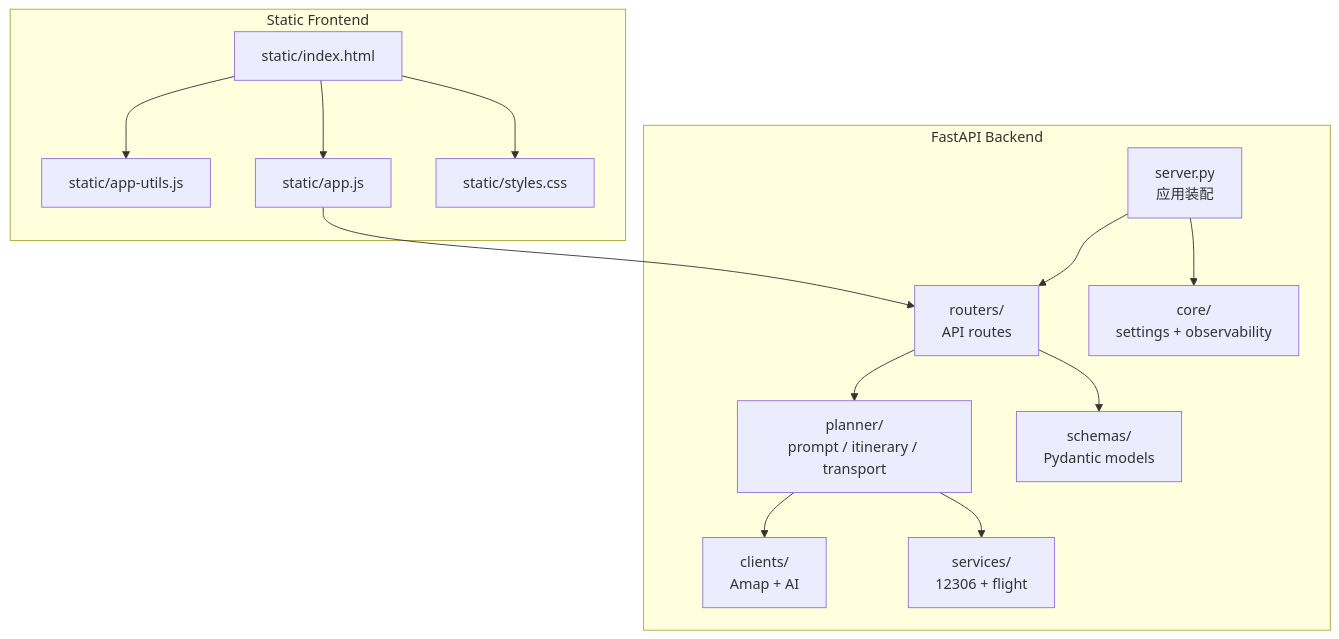
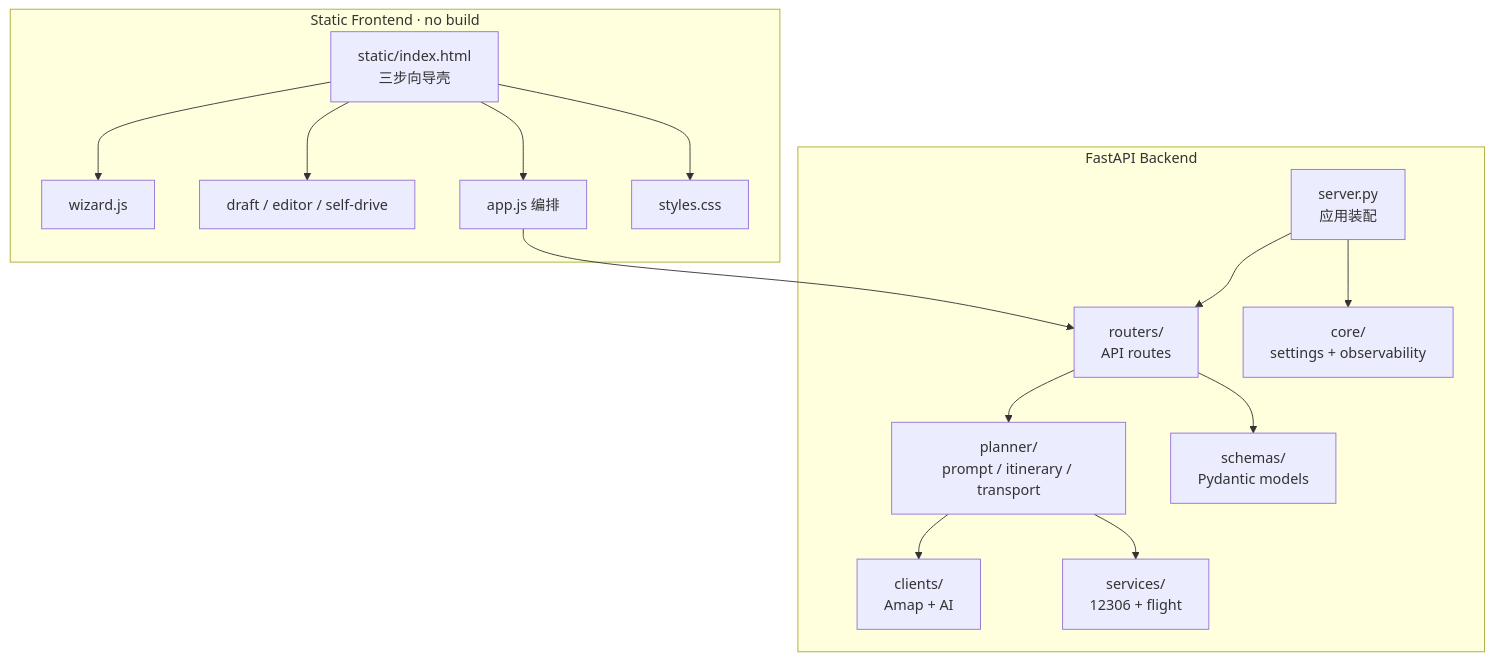
One commit to suiyi117/ai-travel-planner changed the second of 2 diagrams in README.md. Above: the diagram before and after it, drawn with Mermaid. The commit also changed other lines of this file, not shown here.

First line of the commit message:
docs: update README for wizard shell and editable planning

````diff
--- a/README.md
+++ b/README.md
@@ -123,30 +134,32 @@
 ```mermaid
 flowchart TB
   subgraph Backend["FastAPI Backend"]
     S["server.py<br/>应用装配"]
     C["core/<br/>settings + observability"]
     R["routers/<br/>API routes"]
     P["planner/<br/>prompt / itinerary / transport"]
     CL["clients/<br/>Amap + AI"]
     SV["services/<br/>12306 + flight"]
     SC["schemas/<br/>Pydantic models"]
   end
 
-  subgraph Frontend["Static Frontend"]
-    HTML["static/index.html"]
-    U["static/app-utils.js"]
-    APP["static/app.js"]
-    CSS["static/styles.css"]
+  subgraph Frontend["Static Frontend · no build"]
+    HTML["static/index.html<br/>三步向导壳"]
+    W["wizard.js"]
+    D["draft / editor / self-drive"]
+    APP["app.js 编排"]
+    CSS["styles.css"]
   end
 
-  HTML --> U
+  HTML --> W
+  HTML --> D
   HTML --> APP
   HTML --> CSS
   APP --> R
   R --> P
   P --> CL
   P --> SV
   S --> R
   S --> C
   R --> SC
 ```
````
